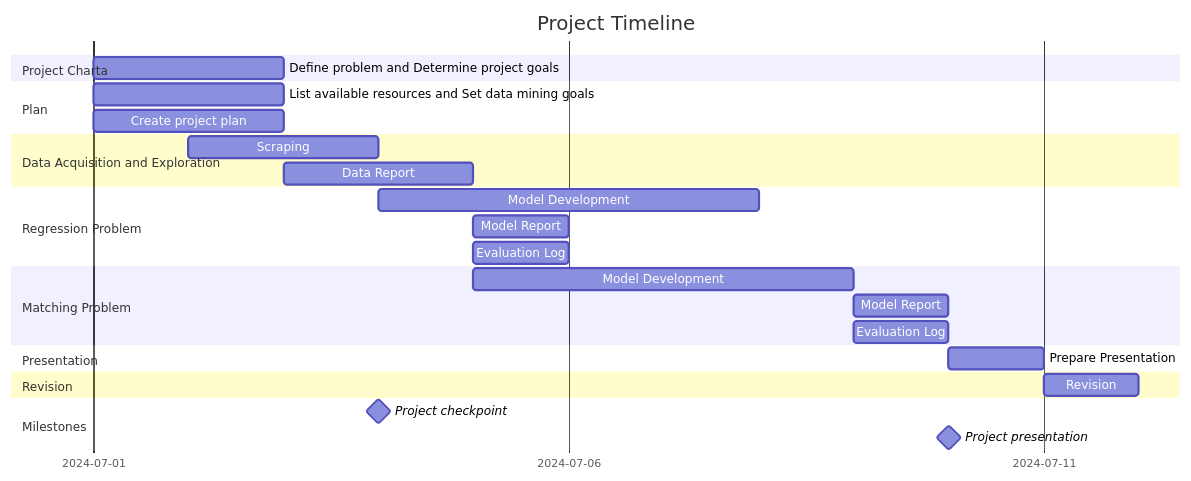
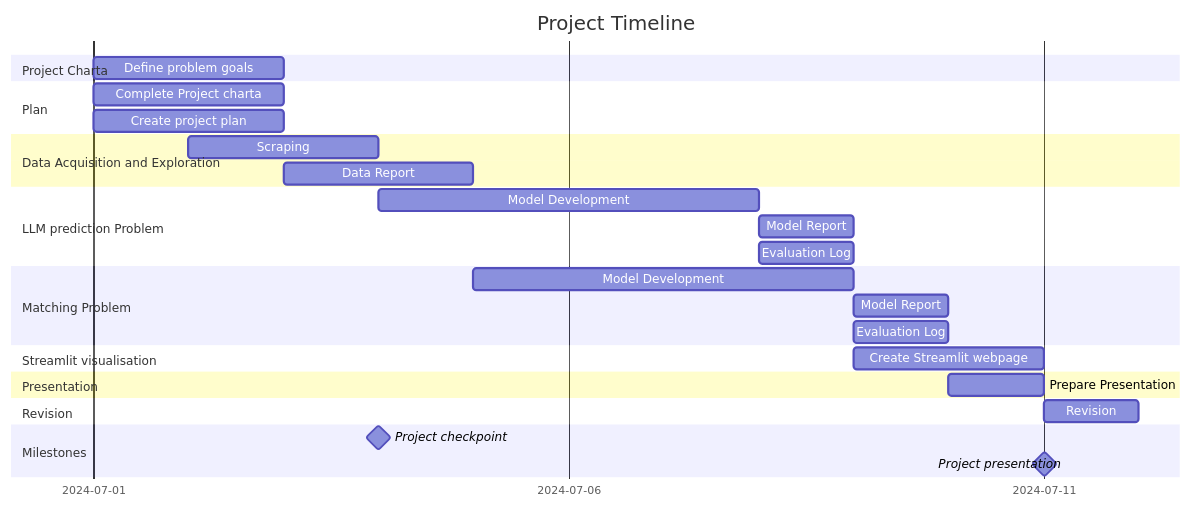
One commit to ElijahLeeMorgan/JobMarket changed the diagram in docs/project_charta_template.md. Above: the diagram before and after it, drawn with Mermaid. The commit also changed other lines of this file and 1 other file, not shown here.

````diff
--- a/docs/project_charta_template.md
+++ b/docs/project_charta_template.md
@@ -114,30 +117,32 @@
 ```mermaid
 gantt
     title Project Timeline
     dateFormat YYYY-MM-DD
     tickInterval 5day
     section Project Charta
-        Define problem and Determine project goals :a1, 2024-07-01, 2d
+        Define problem goals :a1, 2024-07-01, 2d
     section Plan
-        List available resources and Set data mining goals :a2, 2024-07-01, 2d
+        Complete Project charta :a2, 2024-07-01, 2d
         Create project plan :a3, 2024-07-01, 2d
     section Data Acquisition and Exploration
         Scraping :a4, 2024-07-02, 2d
         Data Report :a5, 2024-07-03, 2d
-    section Regression Problem
+    section LLM prediction Problem
         Model Development :a6, 2024-07-04, 4d
-        Model Report :a7, 2024-07-05, 1d
-        Evaluation Log :a8, 2024-07-05, 1d
+        Model Report :a7, 2024-07-08, 1d
+        Evaluation Log :a8, 2024-07-08, 1d
     section Matching Problem
         Model Development :a9, 2024-07-05, 4d
         Model Report :a10, 2024-07-09, 1d
         Evaluation Log :a11, 2024-07-09, 1d
+    section Streamlit visualisation
+        Create Streamlit webpage :a12, 2024-07-09, 2d
     section Presentation
-        Prepare Presentation :a12, 2024-07-10, 1d
+        Prepare Presentation :a13, 2024-07-10, 1d
     section Revision
-        Revision :a13, 2024-07-11, 1d
+        Revision :a14, 2024-07-11, 1d
     section Milestones
         Project checkpoint: milestone, m1, 2024-07-04, 4m
-        Project presentation: milestone, m2, 2024-07-10, 4m
+        Project presentation: milestone, m2, 2024-07-11, 15m
 
 ```
````
